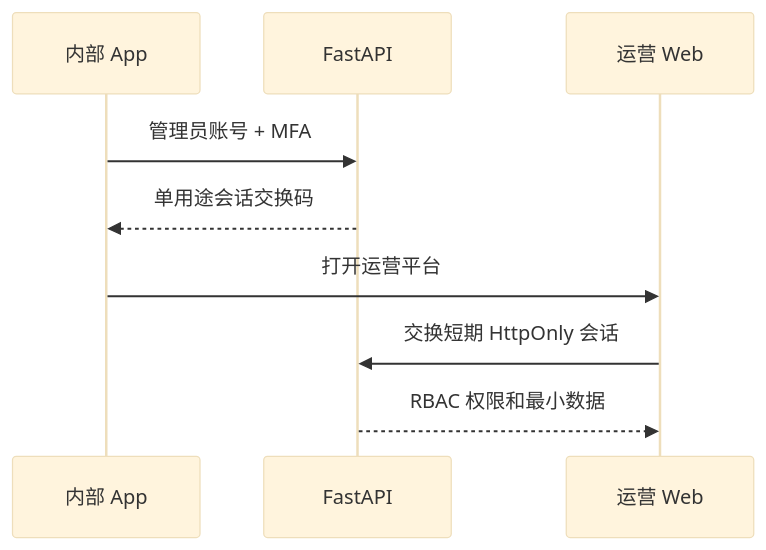
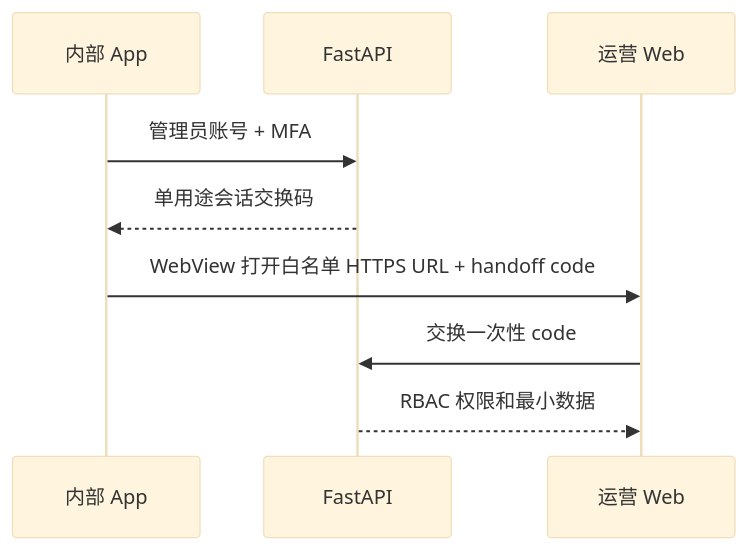
One commit to maowulin/english-room-op changed the diagram in docs/architecture.md. Above: the diagram before and after it, drawn with Mermaid (base theme). The commit also changed other lines of this file and 1 other file, not shown here.

Commit message:
docs(架构): 调整 WebView 运营接入方式

````diff
--- a/docs/architecture.md
+++ b/docs/architecture.md
@@ -31,12 +30,12 @@
 ```mermaid
 sequenceDiagram
     participant Internal as 内部 App
     participant API as FastAPI
     participant Web as 运营 Web
 
     Internal->>API: 管理员账号 + MFA
     API-->>Internal: 单用途会话交换码
-    Internal->>Web: 打开运营平台
-    Web->>API: 交换短期 HttpOnly 会话
+    Internal->>Web: WebView 打开白名单 HTTPS URL + handoff code
+    Web->>API: 交换一次性 code
     API-->>Web: RBAC 权限和最小数据
 ```
````
